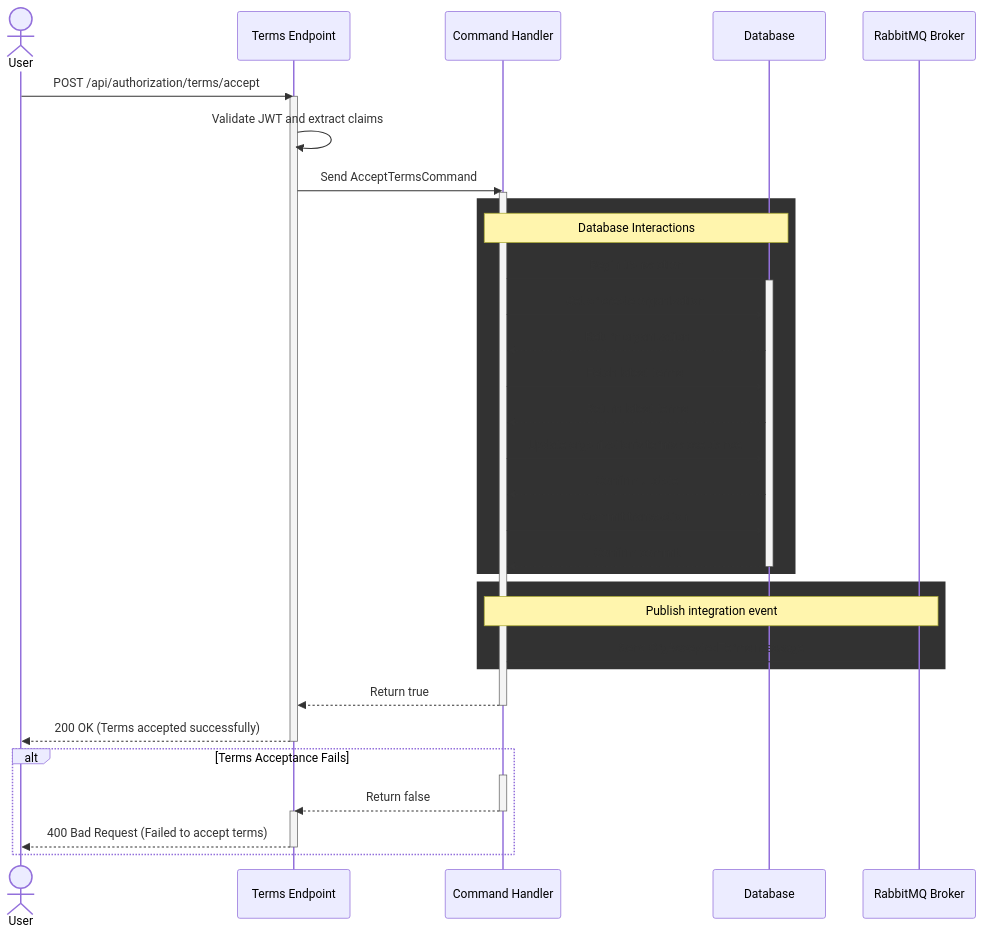
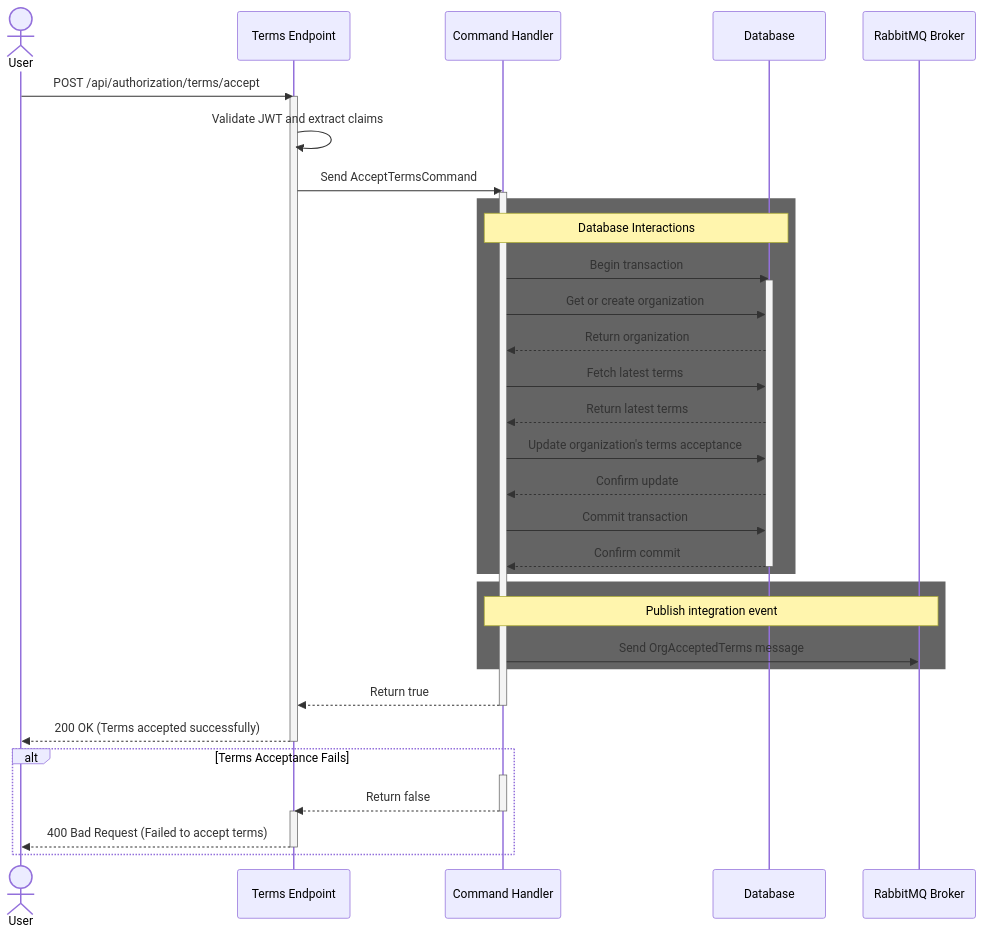
Before and after one commit to Energinet-DataHub/energy-origin: the diagram in doc/architecture/domains/authorization/features/accept-terms.md, drawn with Mermaid.

Commit message:
change color

````diff
--- a/doc/architecture/domains/authorization/features/accept-terms.md
+++ b/doc/architecture/domains/authorization/features/accept-terms.md
@@ -11,49 +11,49 @@
 ```mermaid
 sequenceDiagram
     actor User
     participant API as Terms Endpoint
     participant Handler as Command Handler
     participant DB as Database
     participant RabbitMQ as RabbitMQ Broker
 
     User->>API: POST /api/authorization/terms/accept
     activate API
     API->>API: Validate JWT and extract claims
     API->>Handler: Send AcceptTermsCommand
     activate Handler
 
-    rect rgb(50, 50, 50)
+    rect rgb(100, 100, 100)
         Note over Handler, DB: Database Interactions
         Handler->>DB: Begin transaction
         activate DB
         Handler->>DB: Get or create organization
         DB-->>Handler: Return organization
         Handler->>DB: Fetch latest terms
         DB-->>Handler: Return latest terms
         Handler->>DB: Update organization's terms acceptance
         DB-->>Handler: Confirm update
         Handler->>DB: Commit transaction
         DB-->>Handler: Confirm commit
         deactivate DB
     end
 
-    rect rgb(50, 50, 50)
+    rect rgb(100, 100, 100)
         note over Handler, RabbitMQ: Publish integration event
         Handler->>RabbitMQ: Send OrgAcceptedTerms message
     end
 
     Handler-->>API: Return true
     deactivate Handler
 
     API-->>User: 200 OK (Terms accepted successfully)
     deactivate API
 
     alt Terms Acceptance Fails
         activate Handler
         Handler-->>API: Return false
         deactivate Handler
         activate API
         API-->>User: 400 Bad Request (Failed to accept terms)
         deactivate API
     end
 ```
````
